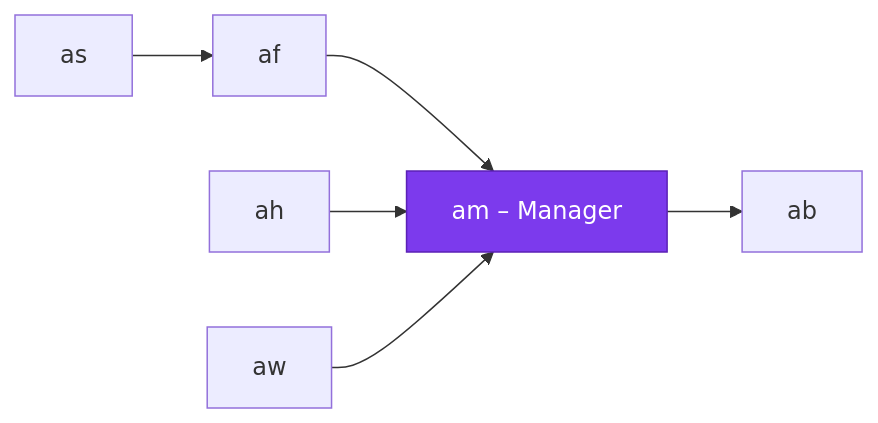
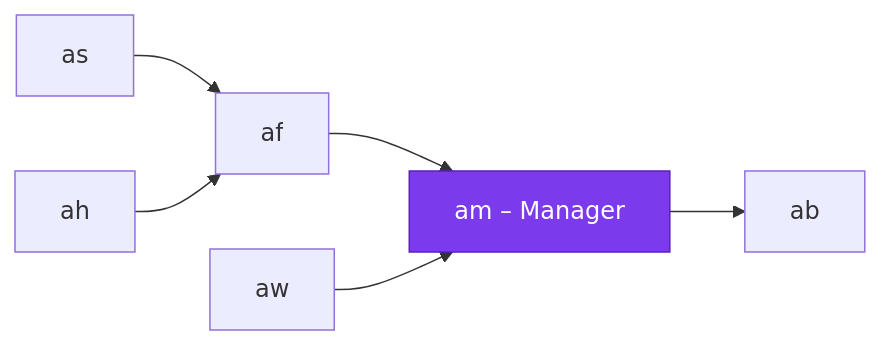
The diagram in docs/components/am.md (Applikant/Applikant.github.io), drawn with Mermaid before and after one commit. The commit also changed other lines of this file and 6 other files, not shown here.

Commit message:
align architecture with code (ah via af), add evolving-design notice

````diff
--- a/docs/components/am.md
+++ b/docs/components/am.md
@@ -7,10 +7,10 @@
 ```mermaid
 graph LR
     as[as] --> af[af]
+    ah[ah] --> af
     af --> am[am – Manager]
-    ah[ah] --> am
     aw[aw] --> am
     am --> ab[ab]
 
     style am fill:#7c3aed,color:#fff,stroke:#5b21b6
 ```
````
